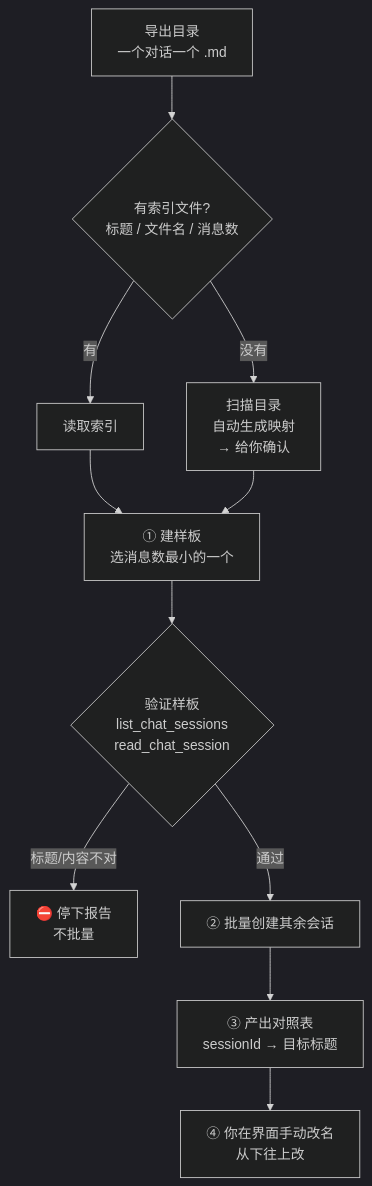
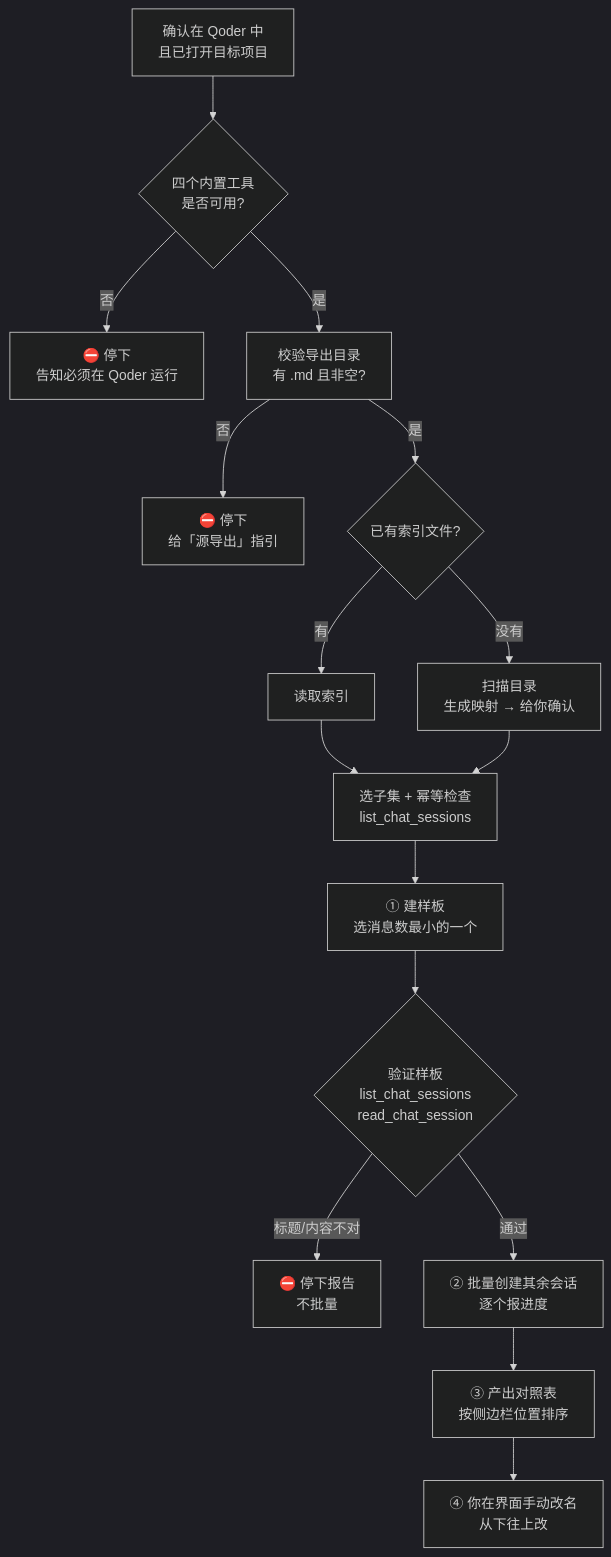
One commit to YTZ-create/migrate-conversations-to-qoder changed the first of 2 diagrams in README.md. Above: the diagram before and after it, drawn with Mermaid (dark theme). The commit also changed other lines of this file and 1 other file, not shown here.

First line of the commit message:
Add preflight checks, Qoder-only guard and source-export guide

````diff
--- a/README.md
+++ b/README.md
@@ -47,13 +50,18 @@
 ```mermaid
 flowchart TD
-    A["导出目录<br/>一个对话一个 .md"] --> B{"有索引文件?<br/>标题 / 文件名 / 消息数"}
-    B -- 有 --> C["读取索引"]
-    B -- 没有 --> D["扫描目录<br/>自动生成映射<br/>→ 给你确认"]
-    C --> E["① 建样板<br/>选消息数最小的一个"]
-    D --> E
-    E --> F{"验证样板<br/>list_chat_sessions<br/>read_chat_session"}
-    F -- 标题/内容不对 --> G["⛔ 停下报告<br/>不批量"]
-    F -- 通过 --> H["② 批量创建其余会话"]
-    H --> I["③ 产出对照表<br/>sessionId → 目标标题"]
-    I --> J["④ 你在界面手动改名<br/>从下往上改"]
+    A["确认在 Qoder 中<br/>且已打开目标项目"] --> B{"四个内置工具<br/>是否可用?"}
+    B -- 否 --> X["⛔ 停下<br/>告知必须在 Qoder 运行"]
+    B -- 是 --> C["校验导出目录<br/>有 .md 且非空?"]
+    C -- 否 --> Y["⛔ 停下<br/>给「源导出」指引"]
+    C -- 是 --> D{"已有索引文件?"}
+    D -- 有 --> E["读取索引"]
+    D -- 没有 --> F["扫描目录<br/>生成映射 → 给你确认"]
+    E --> G["选子集 + 幂等检查<br/>list_chat_sessions"]
+    F --> G
+    G --> H["① 建样板<br/>选消息数最小的一个"]
+    H --> I{"验证样板<br/>list_chat_sessions<br/>read_chat_session"}
+    I -- 标题/内容不对 --> J["⛔ 停下报告<br/>不批量"]
+    I -- 通过 --> K["② 批量创建其余会话<br/>逐个报进度"]
+    K --> L["③ 产出对照表<br/>按侧边栏位置排序"]
+    L --> M["④ 你在界面手动改名<br/>从下往上改"]
 ```
````
